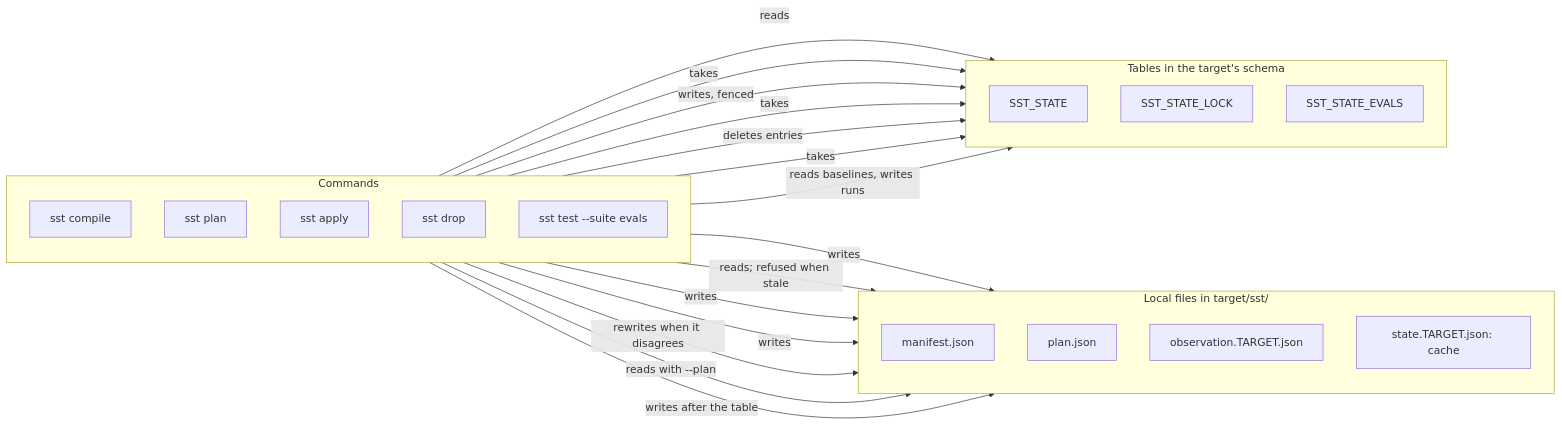
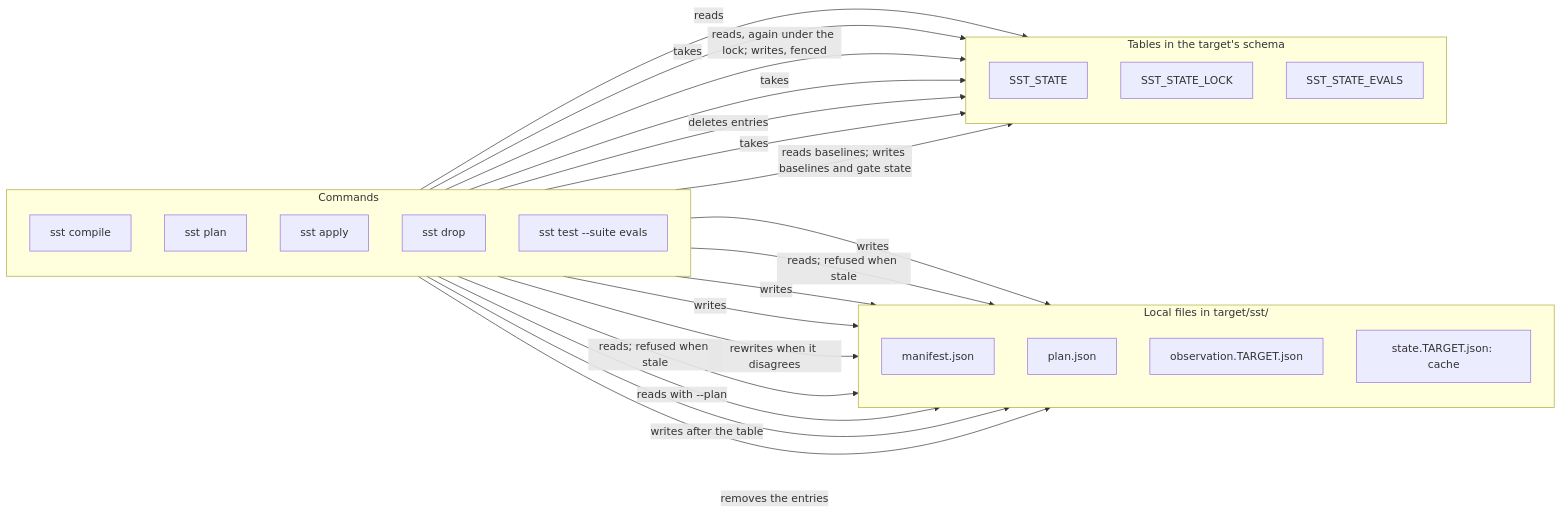
The eighth of 8 diagrams in docs/design/architecture.md (WhoopInc/snowflake-semantic-tools), drawn with Mermaid before and after one commit. The commit also changed other lines of this file and 11 other files, not shown here.

````diff
--- a/docs/design/architecture.md
+++ b/docs/design/architecture.md
@@ -469,38 +478,40 @@
 ```mermaid
 flowchart LR
     subgraph commands ["Commands"]
         direction TB
         compile["sst compile"]
         plan["sst plan"]
         apply["sst apply"]
         drop["sst drop"]
         evals["sst test --suite evals"]
     end
     subgraph files ["Local files in target/sst/"]
         direction TB
         M["manifest.json"]
         P["plan.json"]
         O["observation.TARGET.json"]
         S["state.TARGET.json: cache"]
     end
     subgraph tables ["Tables in the target's schema"]
         direction TB
         T["SST_STATE"]
         L["SST_STATE_LOCK"]
         E["SST_STATE_EVALS"]
     end
     compile -->|writes| M
     plan -->|"reads; refused when stale"| M
     plan -->|writes| P
     plan -->|writes| O
     plan -->|reads| T
     plan -->|"rewrites when it disagrees"| S
+    apply -->|"reads; refused when stale"| M
     apply -->|"reads with --plan"| P
     apply -->|takes| L
-    apply -->|"writes, fenced"| T
+    apply -->|"reads, again under the lock; writes, fenced"| T
     apply -->|"writes after the table"| S
     drop -->|takes| L
     drop -->|"deletes entries"| T
+    drop -->|"removes the entries"| S
     evals -->|takes| L
-    evals -->|"reads baselines, writes runs"| E
+    evals -->|"reads baselines; writes baselines and gate state"| E
 ```
````
